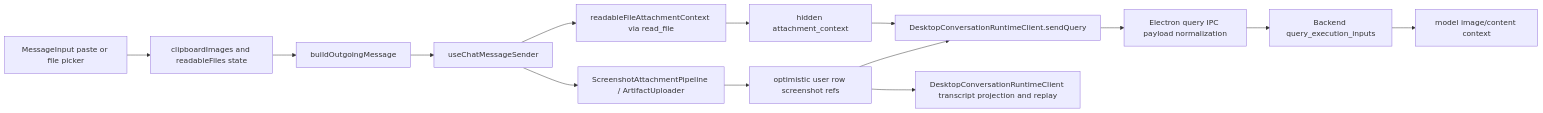
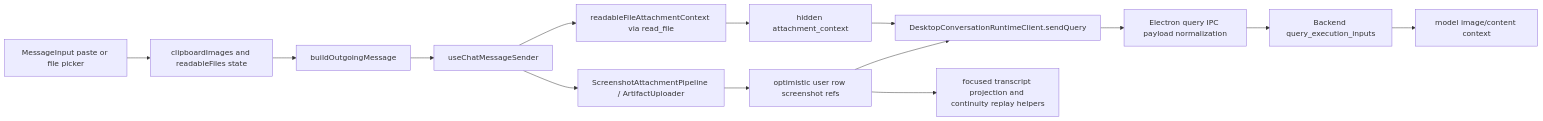
The diagram in docs/frontend/renderer/chat/chat_attachment_change_workflow.md (buiilding/My_Own_OpenClaw), drawn with Mermaid before and after one commit. The commit also changed 12 other files, not shown here.

````diff
--- a/docs/frontend/renderer/chat/chat_attachment_change_workflow.md
+++ b/docs/frontend/renderer/chat/chat_attachment_change_workflow.md
@@ -18,16 +18,16 @@
 ```mermaid
 flowchart LR
     A["MessageInput paste or file picker"] --> B["clipboardImages and readableFiles state"]
     B --> C["buildOutgoingMessage"]
     C --> D["useChatMessageSender"]
     D --> E["ScreenshotAttachmentPipeline / ArtifactUploader"]
     D --> F["readableFileAttachmentContext via read_file"]
     E --> G["optimistic user row screenshot refs"]
     F --> H["hidden attachment_context"]
     G --> I["DesktopConversationRuntimeClient.sendQuery"]
     H --> I
     I --> J["Electron query IPC payload normalization"]
     J --> K["Backend query_execution_inputs"]
     K --> L["model image/content context"]
-    G --> M["DesktopConversationRuntimeClient transcript projection and replay"]
+    G --> M["focused transcript projection and continuity replay helpers"]
 ```
````
